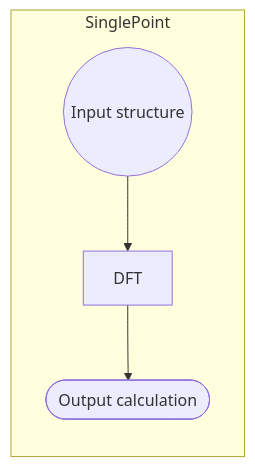
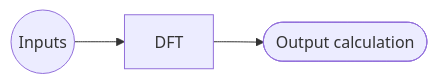
One commit to FAIRmat-NFDI/AreaC-Tutorial10_2023 changed the second of 2 diagrams in docs/part5.md. Above: the diagram before and after it, drawn with Mermaid. The commit also changed other lines of this file, not shown here.

Commit message:
Fixed single point workflow graph

````diff
--- a/docs/part5.md
+++ b/docs/part5.md
@@ -61,7 +61,5 @@
 ```mermaid
 graph LR;
-    subgraph SinglePoint
-    A((Input structure)) --> B[DFT];
+    A((Inputs)) --> B[DFT];
     B[DFT] --> C([Output calculation]);
-    end
 ```
````
